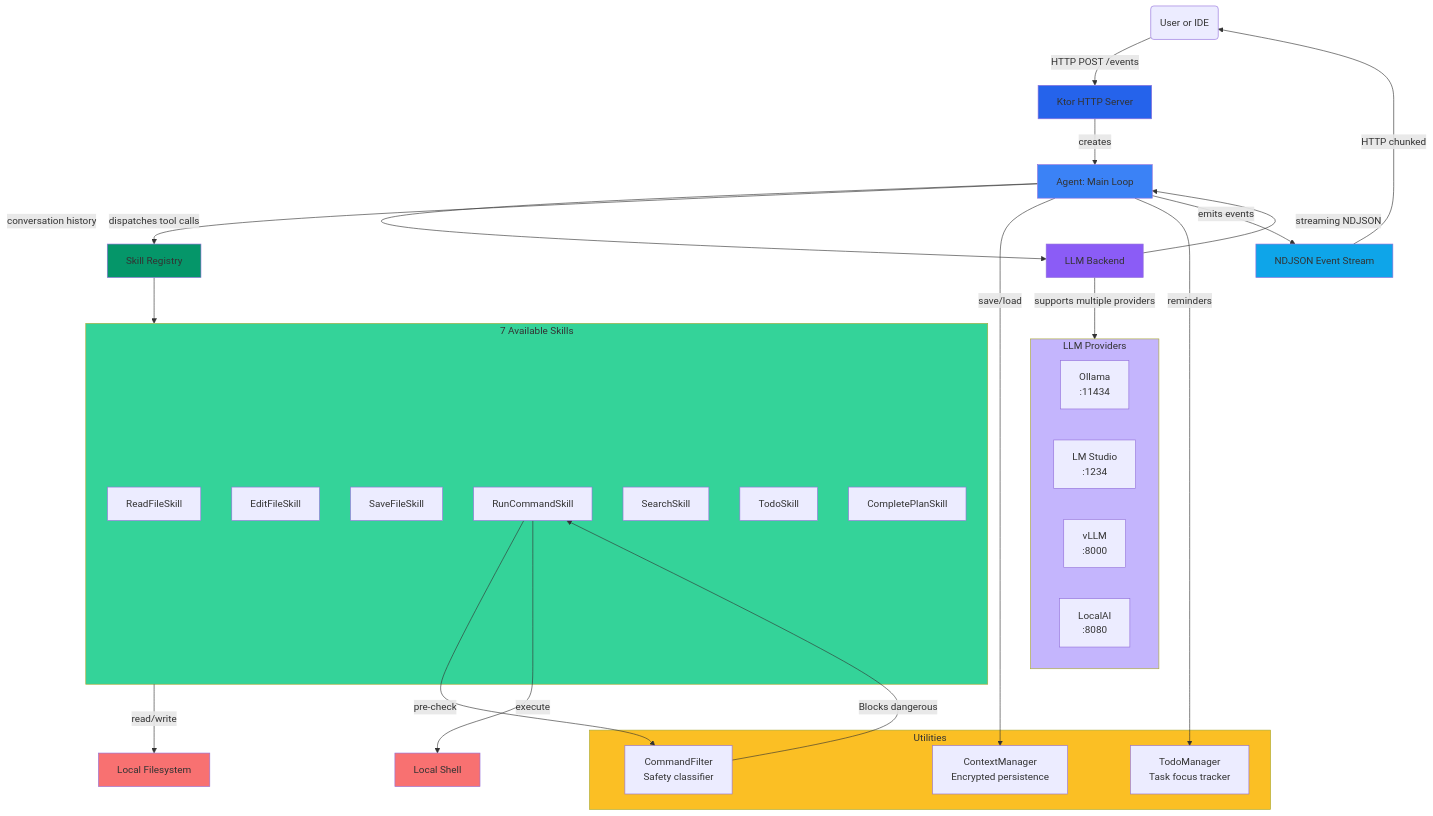
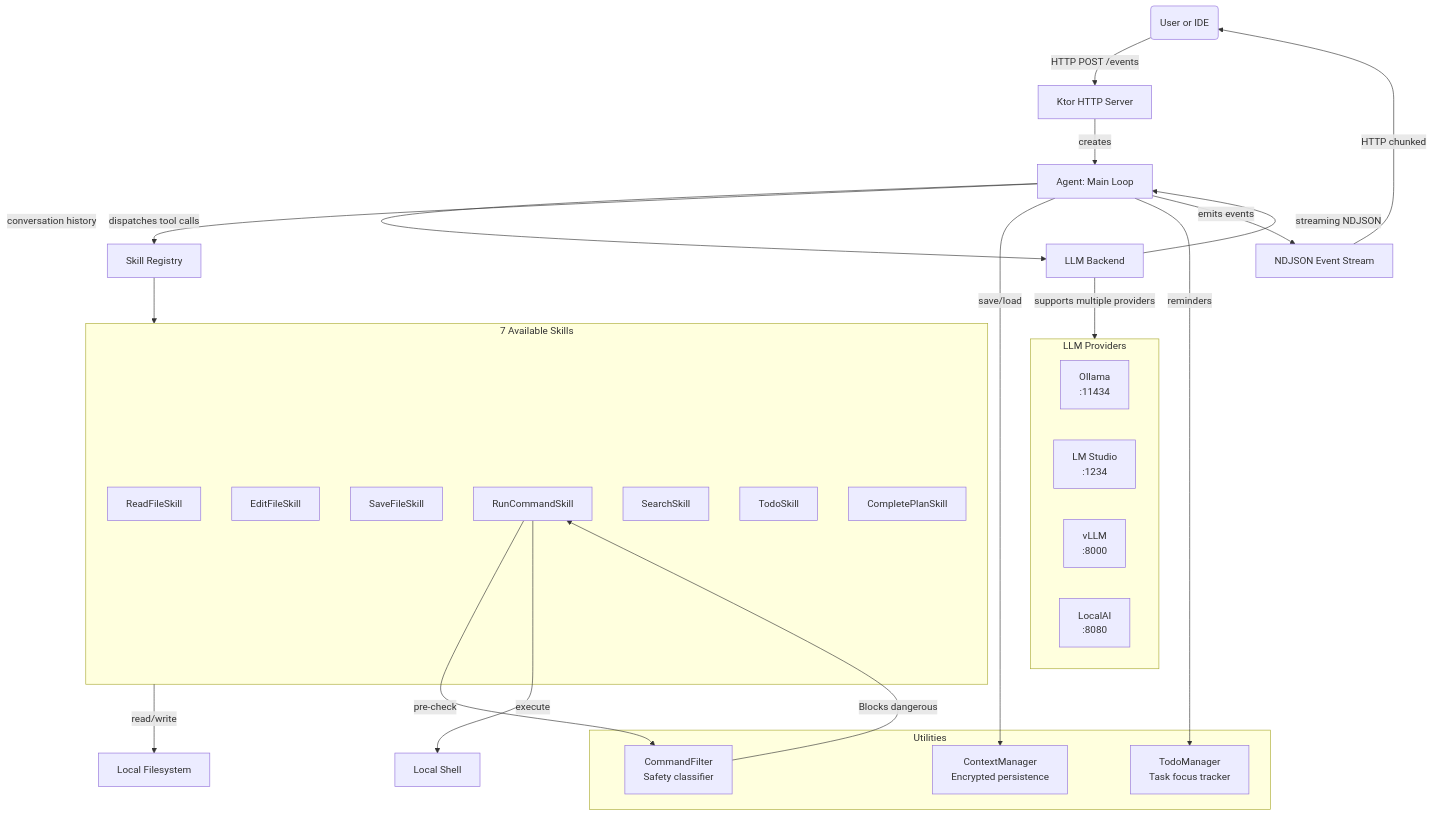
The diagram in README.md (lg841226/Gradum), drawn with Mermaid before and after one commit. The commit also changed 1 other file, not shown here.

Commit message:
docs: drop custom Mermaid color overrides from README and standards
Two Mermaid diagrams shipped hand-tuned `style X fill:#...`
overrides that hardcoded light-mode colors and rendered
incorrectly on GitHub's dark mode background. Mermaid's
default theme is theme-aware and produces a sensible palette
on both light and dark backgrounds, so the manual override
was strictly worse than the default.

Files touched:
  - README.md (11 style lines removed)
  - docs/CODING_STANDARDS_KOTLIN.md (14 style lines removed)

````diff
--- a/README.md
+++ b/README.md
@@ -21,58 +21,47 @@
 ```mermaid
 flowchart TB
     User(User or IDE) -->|HTTP POST /events| Server[Ktor HTTP Server]
     Server -->|creates| Agent[Agent: Main Loop]
 
     Agent -->|conversation history| LLM[LLM Backend]
     Agent -->|dispatches tool calls| SkillReg[Skill Registry]
     LLM -->|streaming NDJSON| Agent
     LLM -->|supports multiple providers| Providers
 
     subgraph Providers[LLM Providers]
         P1[Ollama<br/>:11434]
         P2[LM Studio<br/>:1234]
         P3[vLLM<br/>:8000]
         P4[LocalAI<br/>:8080]
     end
 
     subgraph Skills[7 Available Skills]
         S1[ReadFileSkill]
         S2[EditFileSkill]
         S3[SaveFileSkill]
         S4[RunCommandSkill]
         S5[SearchSkill]
         S6[TodoSkill]
         S7[CompletePlanSkill]
     end
 
     subgraph Utilities
         CF[CommandFilter<br/>Safety classifier]
         CTX[ContextManager<br/>Encrypted persistence]
         TODO[TodoManager<br/>Task focus tracker]
     end
 
     SkillReg --> Skills
 
     S4 -->|pre-check| CF
     CF -->|Blocks dangerous| S4
 
     Agent -->|save/load| CTX
     Agent -->|reminders| TODO
 
     Skills -->|read/write| Files[Local Filesystem]
     S4 -->|execute| Shell[Local Shell]
 
     Agent -->|emits events| Stream[NDJSON Event Stream]
     Stream -->|HTTP chunked| User
-
-    style Server fill:#2563eb
-    style Agent fill:#3b82f6
-    style LLM fill:#8b5cf6
-    style Providers fill:#c4b5fd
-    style SkillReg fill:#059669
-    style Skills fill:#34d399
-    style Utilities fill:#fbbf24
-    style Files fill:#f87171
-    style Shell fill:#f87171
-    style Stream fill:#0ea5e9
 ```
````
